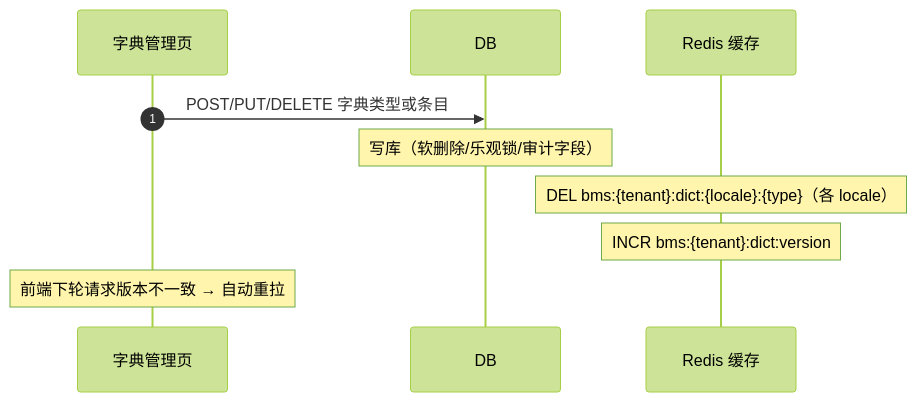
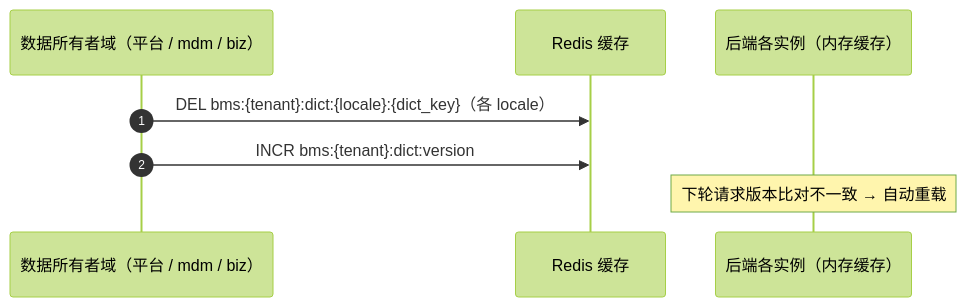
Before and after one commit to minjian123/basic-management-system: the second of 3 diagrams in bms文档/设计/组件设计/06_字段类/01_组件设计_字典字段/01_组件设计_字典字段.md, drawn with Mermaid (forest theme). The commit also changed other lines of this file and 3 other files, not shown here.

````diff
--- a/bms文档/设计/组件设计/06_字段类/01_组件设计_字典字段/01_组件设计_字典字段.md
+++ b/bms文档/设计/组件设计/06_字段类/01_组件设计_字典字段/01_组件设计_字典字段.md
@@ -67,13 +69,11 @@
 ```mermaid
 sequenceDiagram
     autonumber
-    participant 管理端 as 字典管理页
-    participant DB
+    participant 数据域 as 数据所有者域（平台 / mdm / biz）
     participant Redis 缓存
+    participant 各实例 as 后端各实例（内存缓存）
 
-    管理端->>DB: POST/PUT/DELETE 字典类型或条目
-    Note over DB: 写库（软删除/乐观锁/审计字段）
-    Note over Redis 缓存: DEL bms:{tenant}:dict:{locale}:{type}（各 locale）
-    Note over Redis 缓存: INCR bms:{tenant}:dict:version
-    Note over 管理端: 前端下轮请求版本不一致 → 自动重拉
+    数据域->>Redis 缓存: DEL bms:{tenant}:dict:{locale}:{dict_key}（各 locale）
+    数据域->>Redis 缓存: INCR bms:{tenant}:dict:version
+    Note over 各实例: 下轮请求版本比对不一致 → 自动重载
 ```
````
